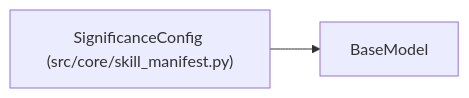
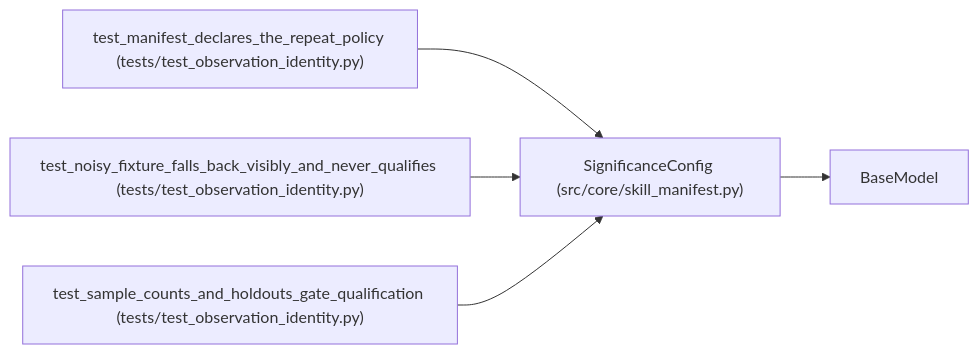
One commit to Denissvgn/autoresearch-agent changed the diagram in docs/llm_wiki/entities/SignificanceConfig.md. Above: the diagram before and after it, drawn with Mermaid. The commit also changed other lines of this file and 1033 other files, not shown here.

````diff
--- a/docs/llm_wiki/entities/SignificanceConfig.md
+++ b/docs/llm_wiki/entities/SignificanceConfig.md
@@ -37,7 +39,16 @@
 ```mermaid
 flowchart LR
     n0["SignificanceConfig (src/core/skill_manifest.py)"]
     n1["BaseModel"]
+    n2["test_manifest_declares_the_repeat_policy (tests/test_observation_identity.py)"]
+    n3["test_noisy_fixture_falls_back_visibly_and_never_qualifies (tests/test_observation_identity.py)"]
+    n4["test_sample_counts_and_holdouts_gate_qualification (tests/test_observation_identity.py)"]
     n0 --> n1
+    n2 --> n0
+    n3 --> n0
+    n4 --> n0
     click n0 "../modules/skill_manifest.md"
+    click n2 "../modules/test_observation_identity.md"
+    click n3 "../modules/test_observation_identity.md"
+    click n4 "../modules/test_observation_identity.md"
 ```
````
